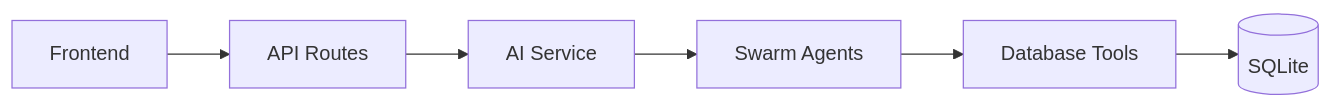
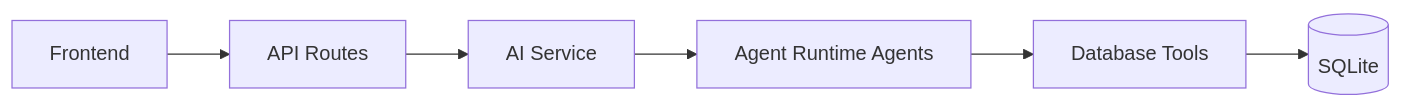
Before and after one commit to lk4ml/rwd-ie-optimizer: the diagram in README_REFACTORED.md, drawn with Mermaid. The commit also changed other lines of this file and 15 other files, not shown here.

Commit message:
Update docs, configs, and agent runtime

````diff
--- a/README_REFACTORED.md
+++ b/README_REFACTORED.md
@@ -97,8 +97,8 @@
 ```mermaid
 graph LR
     UI[Frontend] --> API[API Routes]
     API --> AIService[AI Service]
-    AIService --> Agents[Swarm Agents]
+    AIService --> Agents[Agent Runtime Agents]
     Agents --> Tools[Database Tools]
     Tools --> DB[(SQLite)]
 ```
````
